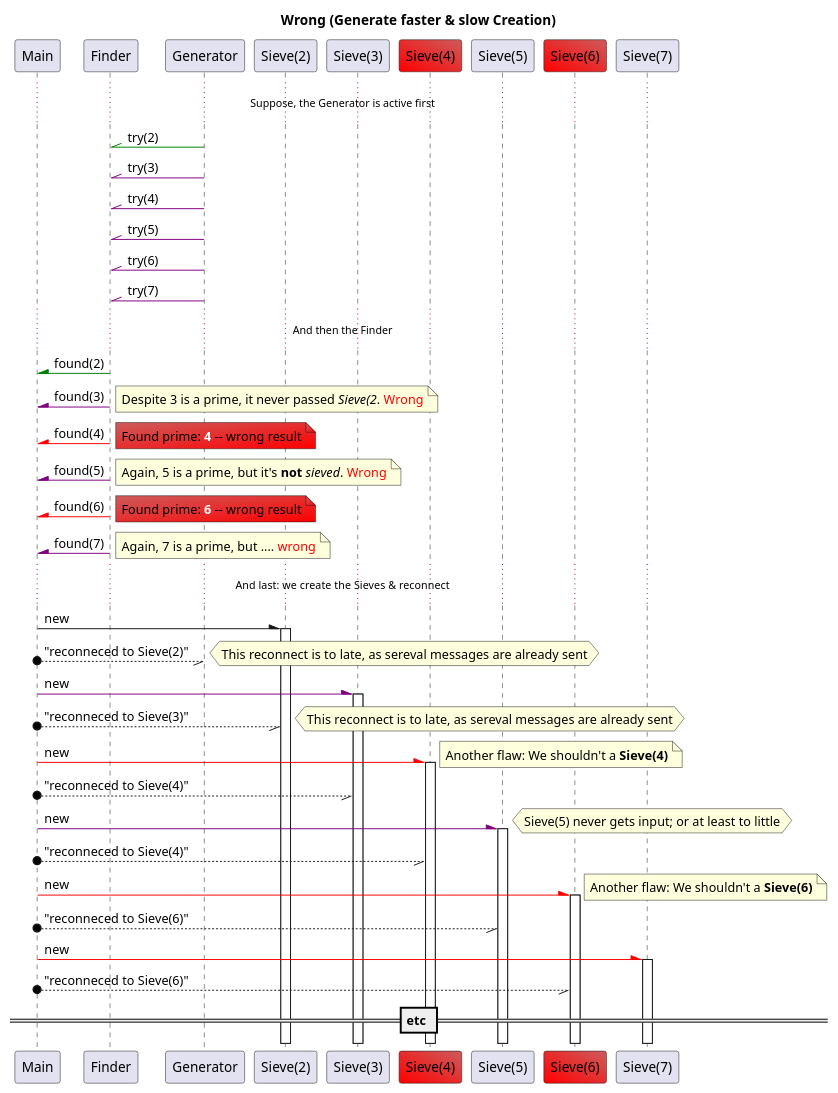
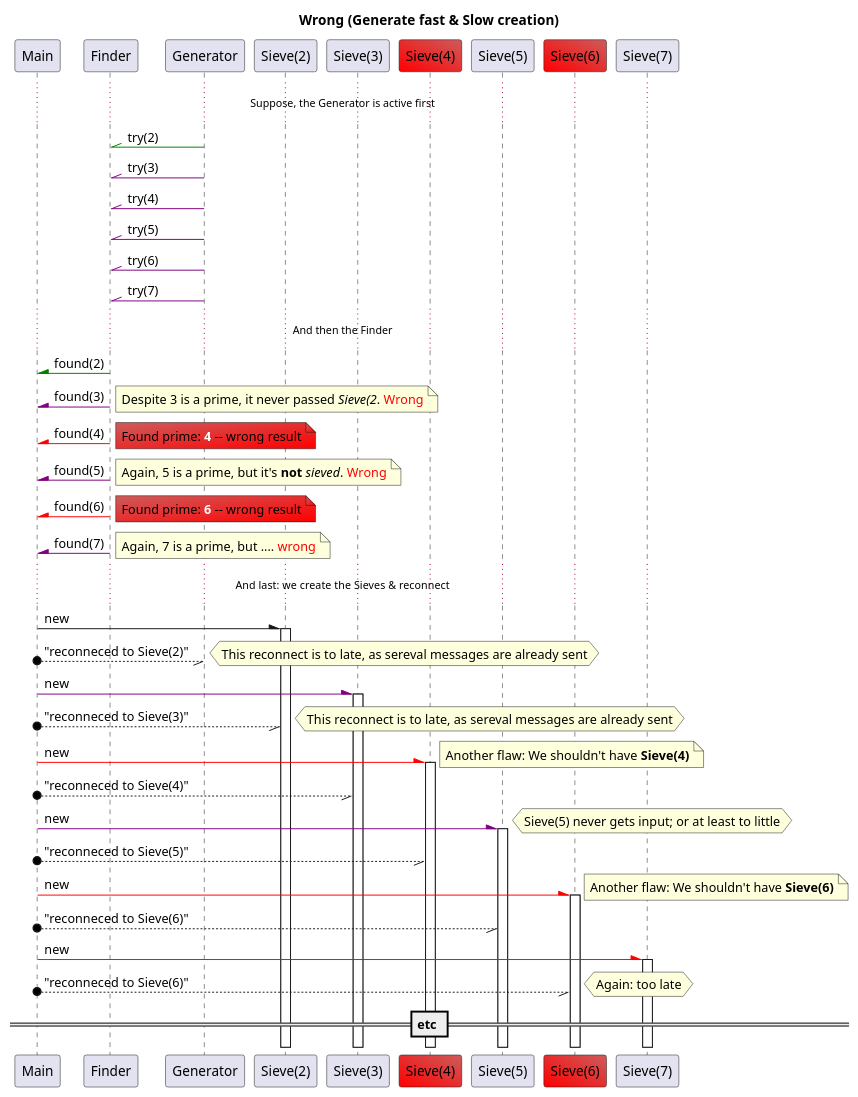
Before and after one commit to AlbertMietus/DocIdeas.hg: the diagram in CCastle/4.Blog/sieve-Sequence-Wrong.puml, drawn with PlantUML. The commit also changed 1 other file, not shown here.

```diff
--- a/CCastle/4.Blog/sieve-Sequence-Wrong.puml
+++ b/CCastle/4.Blog/sieve-Sequence-Wrong.puml
@@ -1,77 +1,77 @@
 @startuml
 'hide footbox
-title Wrong (Generate faster & slow Creation)
+title Wrong (Generate fast & Slow creation)
 
 participant  Main        as  M
 participant  Finder      as  F
 participant "Generator"  as  G
 participant "Sieve(2)"   as S2
 participant "Sieve(3)"   as S3
 participant "Sieve(4)"   as S4 #Red\IndianRed
 participant "Sieve(5)"   as S5
 participant "Sieve(6)"   as S6 #Red\IndianRed
 participant "Sieve(7)"   as S7
 
 ... Suppose, the Generator is active first ...
 
 G -[#green]\\   F: try(2)
 G -[#purple]\\  F: try(3)
 G -[#purple]\\  F: try(4)
 G -[#purple]\\  F: try(5)
 G -[#purple]\\  F: try(6)
 G -[#purple]\\  F: try(7)
 
 ... And then the Finder ...
 
 F -[#green]\  M: found(2)
 F -[#purple]\ M: found(3)
 note right: Despite 3 is a prime, it never passed //Sieve(2//. <color:red>Wrong</color>
 F -[#red]\    M: found(4)
 note right  #IndianRed/Red: Found prime: <color:white>**4**</color> -- wrong result
 F -[#purple]\ M: found(5)
 note right: Again, 5 is a prime, but it's **not** //sieved//. <color:red>Wrong</color>
 F -[#red]\    M: found(6)
 note right  #IndianRed/Red: Found prime: <color:white>**6**</color> -- wrong result
 F -[#purple]\ M: found(7)
 note right: Again, 7 is a prime, but .... <color:red>wrong</color>
 
 ... And last: we create the  Sieves & reconnect ...
 
 M -\ S2: new
 activate S2
 G \\--o M: "reconneced to Sieve(2)"
 hnote right: This reconnect is to late, as sereval messages are already sent
 
 
 M -[#purple]\ S3: new
 activate S3
 S2 \\--o M: "reconneced to Sieve(3)"
 hnote right: This reconnect is to late, as sereval messages are already sent
 
 
 M -[#red]\ S4: new
 activate S4
-note right: Another flaw: We shouldn't a **Sieve(4)**
+note right: Another flaw: We shouldn't have **Sieve(4)**
 S3 \\--o M: "reconneced to Sieve(4)"
 
 
 M -[#purple]\ S5: new
 activate S5
 hnote right: Sieve(5) never gets input; or at least to little
-S4 \\--o M: "reconneced to Sieve(4)"
+S4 \\--o M: "reconneced to Sieve(5)"
 
 
 M -[#red]\ S6: new
 activate S6
-note right: Another flaw: We shouldn't a **Sieve(6)**
+note right: Another flaw: We shouldn't have **Sieve(6)**
 S5 \\--o M: "reconneced to Sieve(6)"
 
 
 M -[#red]\ S7: new
 activate S7
 S6 \\--o M: "reconneced to Sieve(6)"
-
+hnote right: Again: too late
 
 == etc ==
 
 @enduml
```
